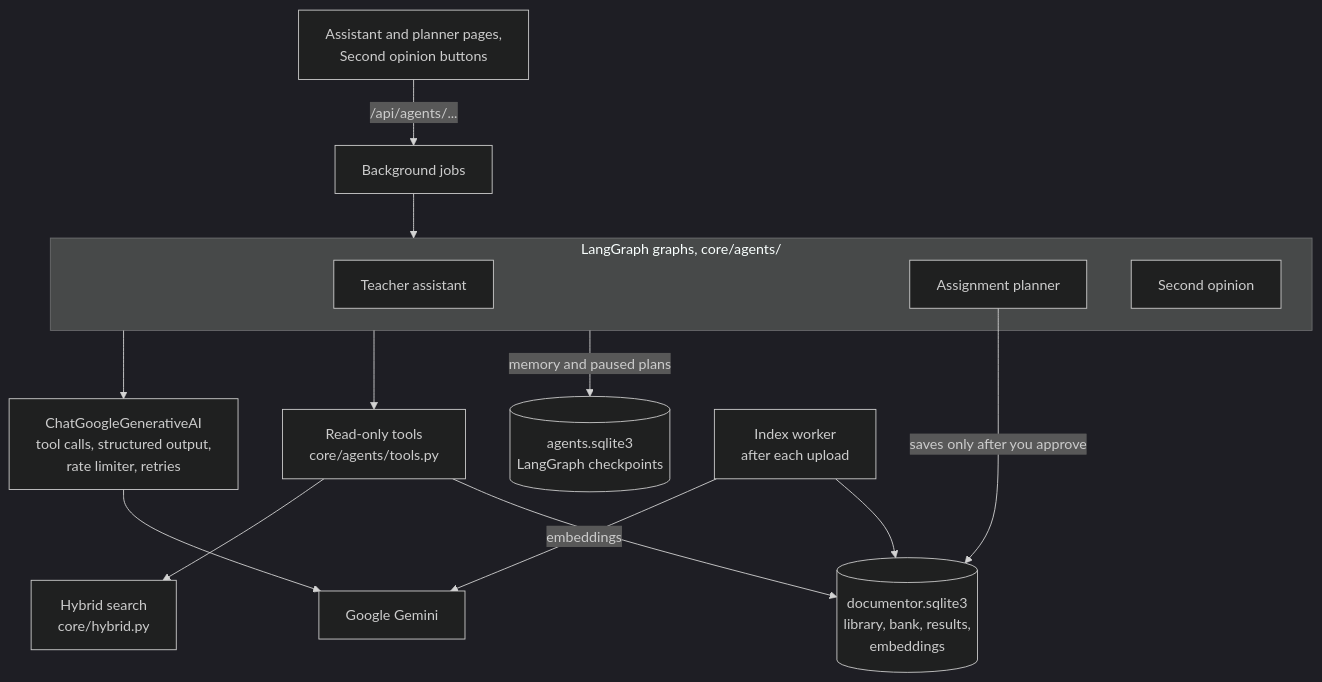
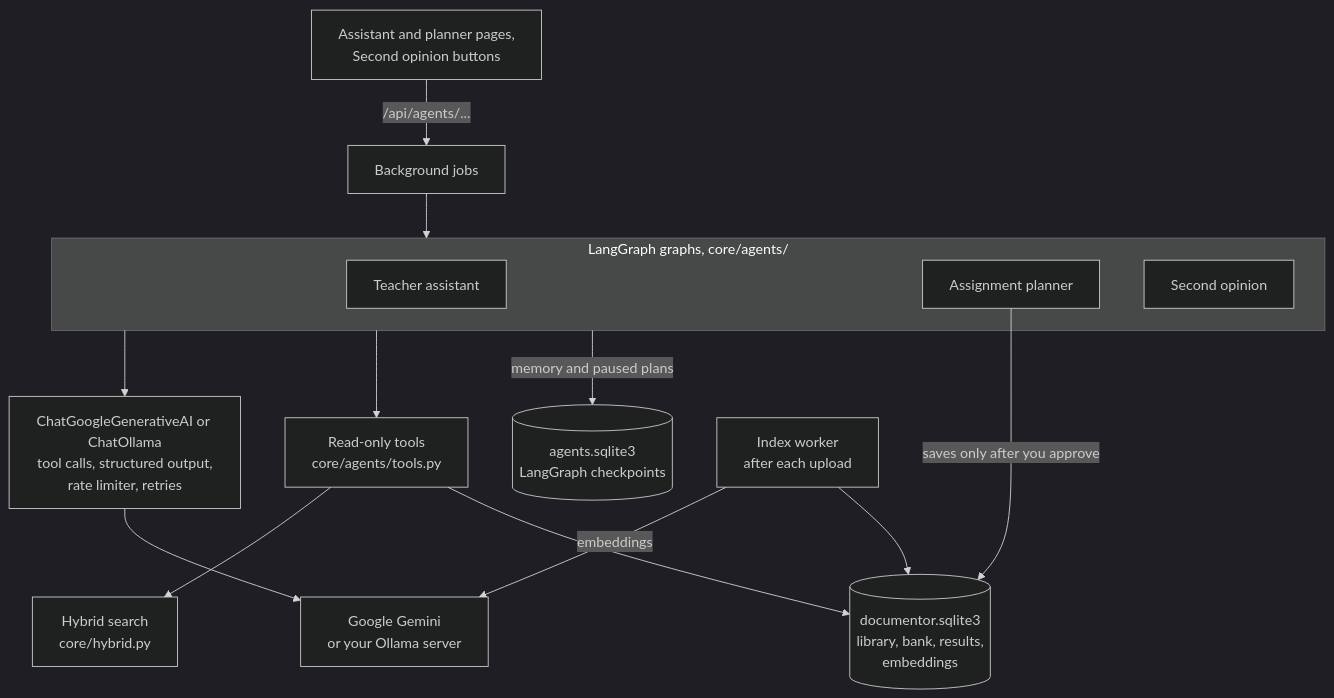
The fourth of 7 diagrams in README.md (nithinskumar866/AIdoccreator), drawn with Mermaid (dark theme) before and after one commit. The commit also changed other lines of this file, not shown here.

````diff
--- a/README.md
+++ b/README.md
@@ -208,21 +252,21 @@
 ```mermaid
 flowchart TB
     Pages["Assistant and planner pages,<br/>Second opinion buttons"] -- "/api/agents/..." --> Jobs["Background jobs"]
     Jobs --> Graphs
 
     subgraph Graphs["LangGraph graphs, core/agents/"]
         A1["Teacher assistant"]
         A2["Assignment planner"]
         A3["Second opinion"]
     end
 
-    Graphs --> LLM["ChatGoogleGenerativeAI<br/>tool calls, structured output,<br/>rate limiter, retries"]
+    Graphs --> LLM["ChatGoogleGenerativeAI or ChatOllama<br/>tool calls, structured output,<br/>rate limiter, retries"]
     Graphs --> Tools["Read-only tools<br/>core/agents/tools.py"]
     Graphs -- "memory and paused plans" --> CK[("agents.sqlite3<br/>LangGraph checkpoints")]
     Tools --> Hybrid["Hybrid search<br/>core/hybrid.py"]
     Tools --> Store[("documentor.sqlite3<br/>library, bank, results,<br/>embeddings")]
     A2 -- "saves only after you approve" --> Store
-    LLM --> Gemini["Google Gemini"]
+    LLM --> Gemini["Google Gemini<br/>or your Ollama server"]
     Indexer["Index worker<br/>after each upload"] -- "embeddings" --> Gemini
     Indexer --> Store
 ```
````
